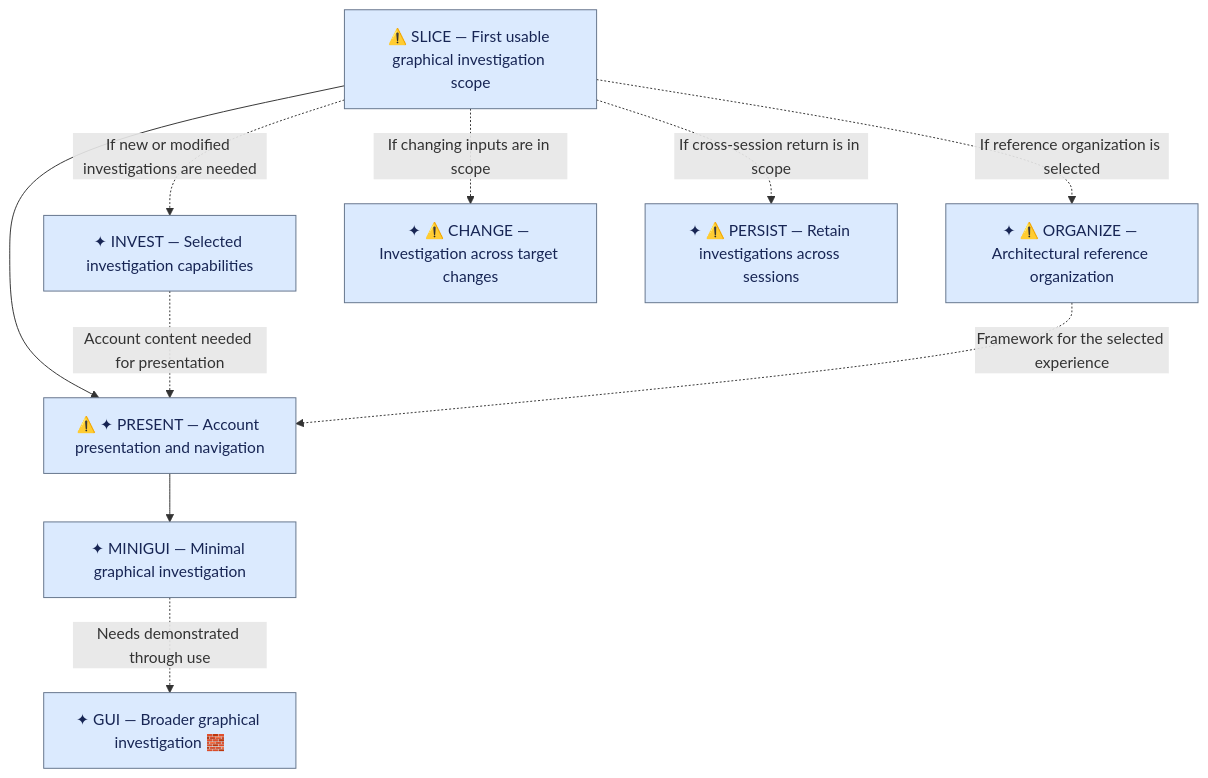
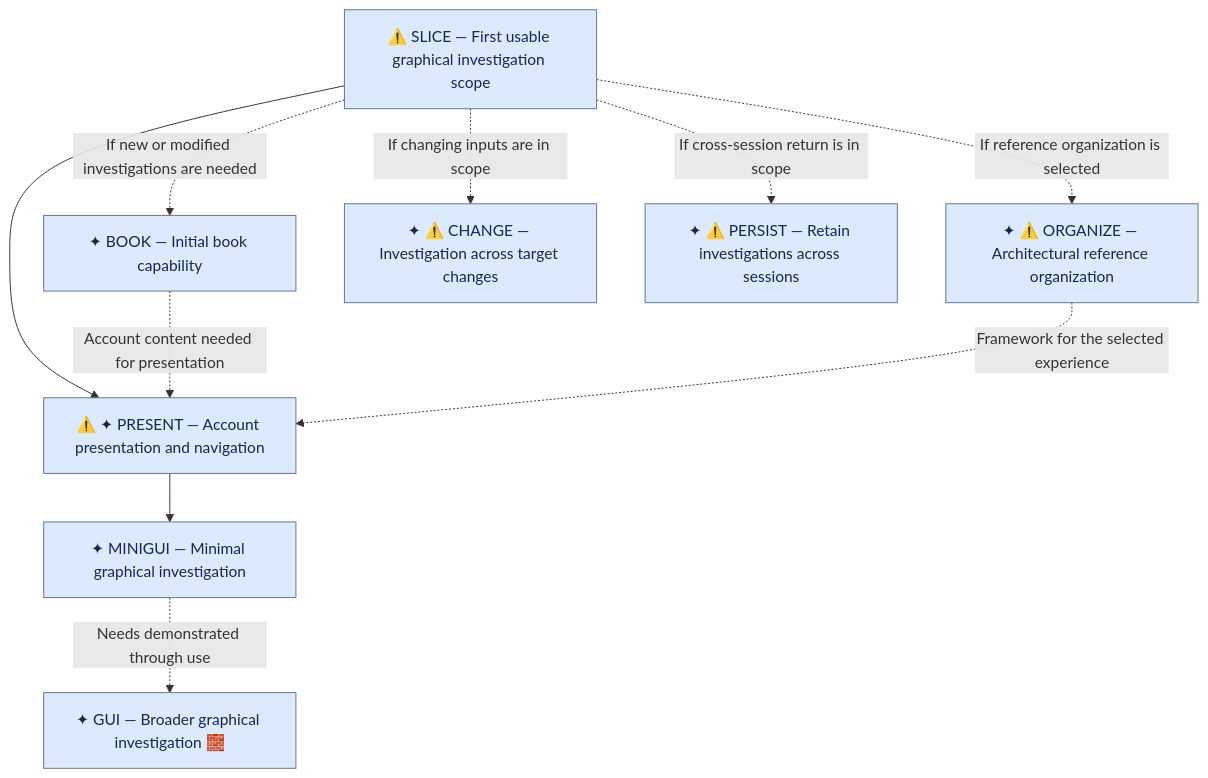
One commit to ronen/postcode changed the diagram in steering/upcoming-work.md. Above: the diagram before and after it, drawn with Mermaid. The commit also changed other lines of this file, not shown here.

Commit message:
Rename investigation capability work to BOOK

````diff
--- a/steering/upcoming-work.md
+++ b/steering/upcoming-work.md
@@ -75,14 +75,14 @@
 ```mermaid
 flowchart TD
     SLICE["⚠️ SLICE — First usable graphical investigation scope"] --> PRESENT["⚠️ ✦ PRESENT — Account presentation and navigation"]
-    SLICE -. If new or modified investigations are needed .-> INVEST["✦ INVEST — Selected investigation capabilities"]
-    INVEST -. Account content needed for presentation .-> PRESENT
+    SLICE -. If new or modified investigations are needed .-> BOOK["✦ BOOK — Initial book capability"]
+    BOOK -. Account content needed for presentation .-> PRESENT
     SLICE -. If reference organization is selected .-> ORGANIZE["✦ ⚠️ ORGANIZE — Architectural reference organization"]
     ORGANIZE -. Framework for the selected experience .-> PRESENT
     PRESENT --> MINIGUI["✦ MINIGUI — Minimal graphical investigation"]
     MINIGUI -. Needs demonstrated through use .-> GUI["✦ GUI — Broader graphical investigation 🧱"]
     SLICE -. If changing inputs are in scope .-> CHANGE["✦ ⚠️ CHANGE — Investigation across target changes"]
     SLICE -. If cross-session return is in scope .-> PERSIST["✦ ⚠️ PERSIST — Retain investigations across sessions"]
 
     classDef default fill:#dbeafe,stroke:#64748b,color:#172554
 ```
````
